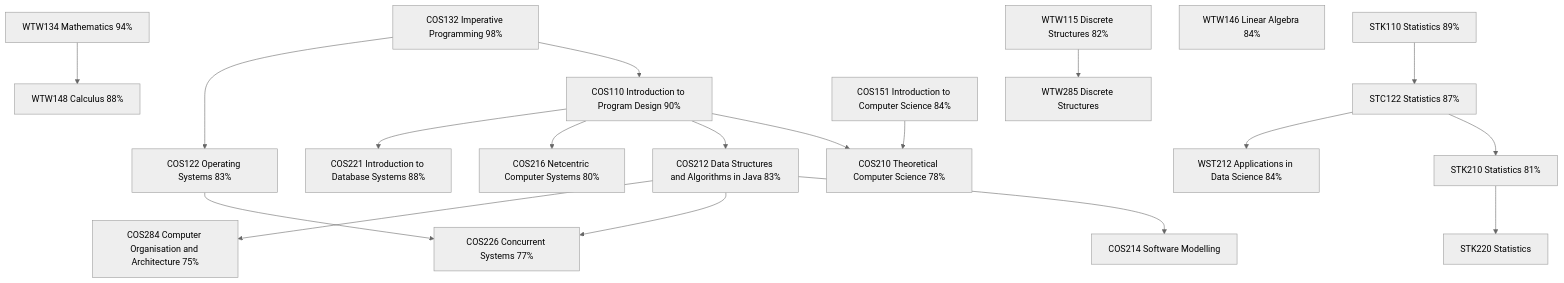
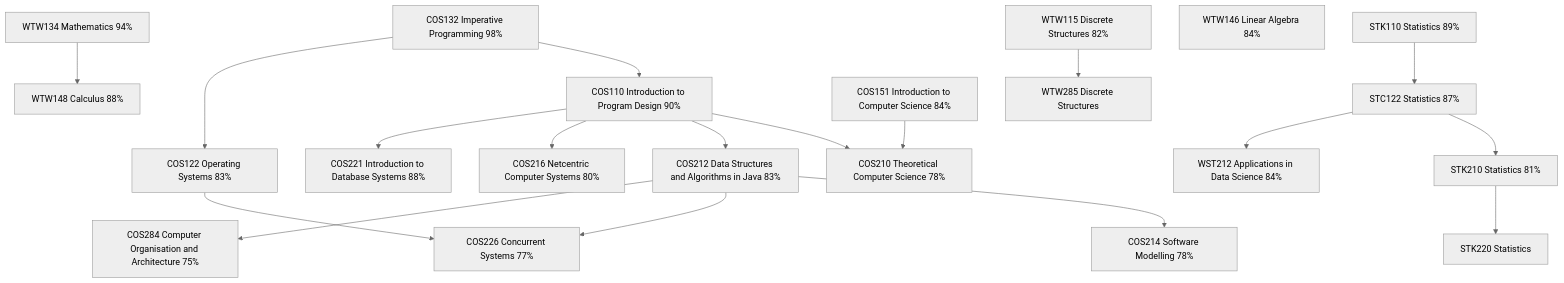
The diagram in README.md (FJNel/FJNel), drawn with Mermaid (neutral theme) before and after one commit.

Commit message:
Update COS214 score in README

````diff
--- a/README.md
+++ b/README.md
@@ -11,29 +11,29 @@
 ```mermaid
 graph TD
     COS132["COS132 Imperative Programming 98%"] --> COS110["COS110 Introduction to Program Design 90%"]
     COS132 --> COS122["COS122 Operating Systems 83%"]
     STK110["STK110 Statistics 89%"] --> STC122["STC122 Statistics 87%"]
     WTW134["WTW134 Mathematics 94%"] --> WTW148["WTW148 Calculus 88%"]
     WTW146["WTW146 Linear Algebra 84%"]
     WTW115["WTW115 Discrete Structures 82%"]
     COS151["COS151 Introduction to Computer Science 84%"] --> COS210["COS210 Theoretical Computer Science 78%"]
     COS110 --> COS210
     COS110 --> COS212["COS212 Data Structures and Algorithms in Java 83%"]
     COS110 --> COS216["COS216 Netcentric Computer Systems 80%"]
     COS110 --> COS221["COS221 Introduction to Database Systems 88%"]
     STC122 --> STK210["STK210 Statistics 81%"]
     STC122 --> WST212["WST212 Applications in Data Science 84%"]
 
-    COS214["COS214 Software Modelling"]
+    COS214["COS214 Software Modelling 78%"]
     COS226["COS226 Concurrent Systems 77%"]
     COS284["COS284 Computer Organisation and Architecture 75%"]
     STK220["STK220 Statistics"]
     WTW285["WTW285 Discrete Structures"]
 
     COS212 --> COS214
     COS122 --> COS226
     COS212 --> COS226
     COS212 --> COS284
     WTW115 --> WTW285
     STK210 --> STK220
 ```
````
